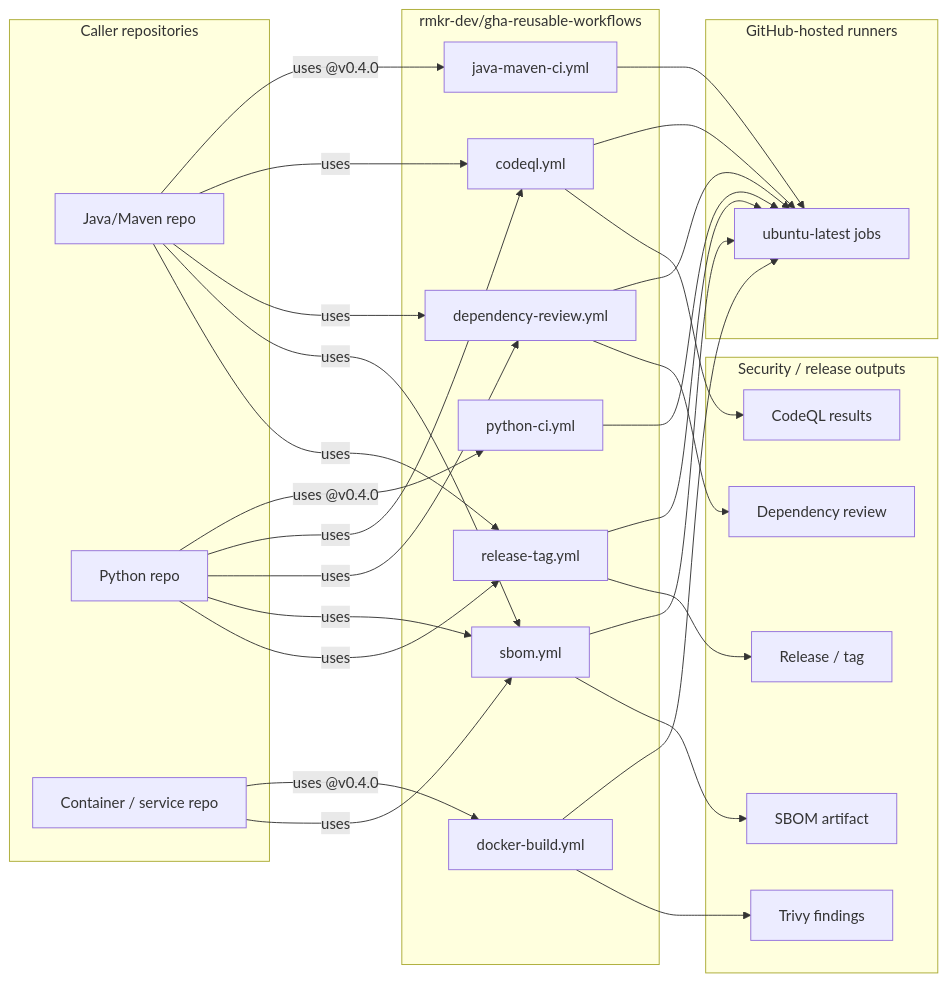
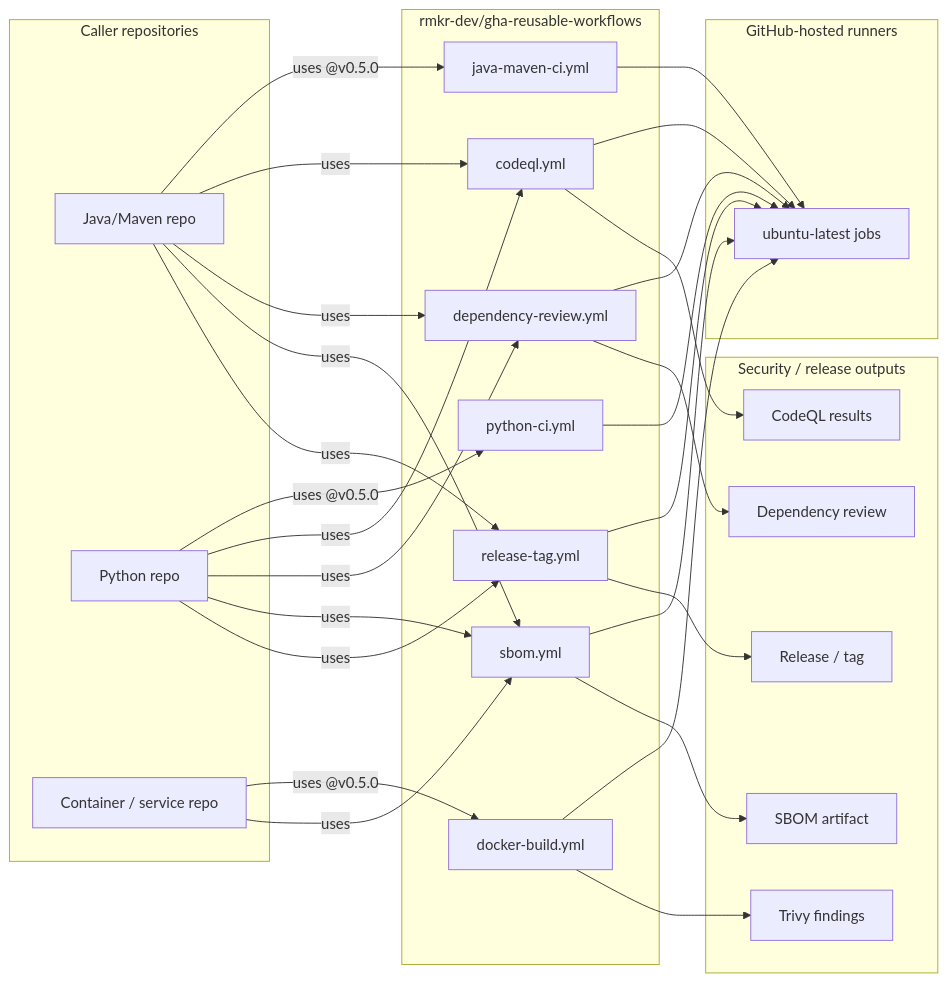
The diagram in docs/architecture/architecture-diagram.md (rmkr-dev/gha-reusable-workflows), drawn with Mermaid before and after one commit. The commit also changed other lines of this file and 1 other file, not shown here.

Commit message:
docs(arch): bump diagram and permissions examples to @v0.5.0
Stale @v0.4.0 pins in architecture diagram and caller permissions
examples after the v0.5.0 release.

````diff
--- a/docs/architecture/architecture-diagram.md
+++ b/docs/architecture/architecture-diagram.md
@@ -3,57 +3,57 @@
 ```mermaid
 flowchart LR
   subgraph Callers["Caller repositories"]
     JP["Java/Maven repo"]
     PP["Python repo"]
     DP["Container / service repo"]
   end
 
   subgraph Reusable["rmkr-dev/gha-reusable-workflows"]
     PY["python-ci.yml"]
     JV["java-maven-ci.yml"]
     DK["docker-build.yml"]
     CQ["codeql.yml"]
     DR["dependency-review.yml"]
     SB["sbom.yml"]
     RT["release-tag.yml"]
   end
 
   subgraph Runners["GitHub-hosted runners"]
     R["ubuntu-latest jobs"]
   end
 
   subgraph Supply["Security / release outputs"]
     CQout["CodeQL results"]
     DRout["Dependency review"]
     SBout["SBOM artifact"]
     TRout["Trivy findings"]
     RELout["Release / tag"]
   end
 
-  JP -->|uses @v0.4.0| JV
+  JP -->|uses @v0.5.0| JV
   JP -->|uses| CQ
   JP -->|uses| DR
   JP -->|uses| SB
   JP -->|uses| RT
-  PP -->|uses @v0.4.0| PY
+  PP -->|uses @v0.5.0| PY
   PP -->|uses| CQ
   PP -->|uses| DR
   PP -->|uses| SB
   PP -->|uses| RT
-  DP -->|uses @v0.4.0| DK
+  DP -->|uses @v0.5.0| DK
   DP -->|uses| SB
 
   PY --> R
   JV --> R
   DK --> R
   CQ --> R
   DR --> R
   SB --> R
   RT --> R
 
   CQ --> CQout
   DR --> DRout
   SB --> SBout
   DK --> TRout
   RT --> RELout
 ```
````
